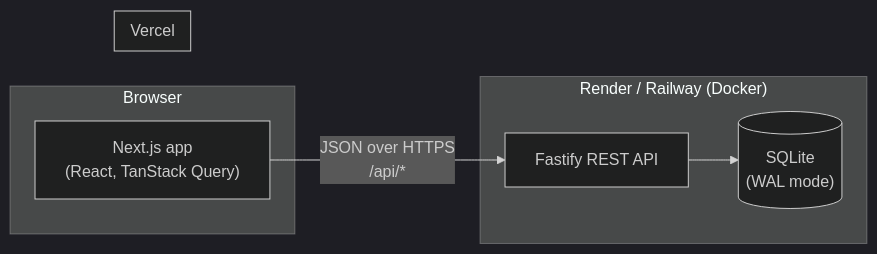
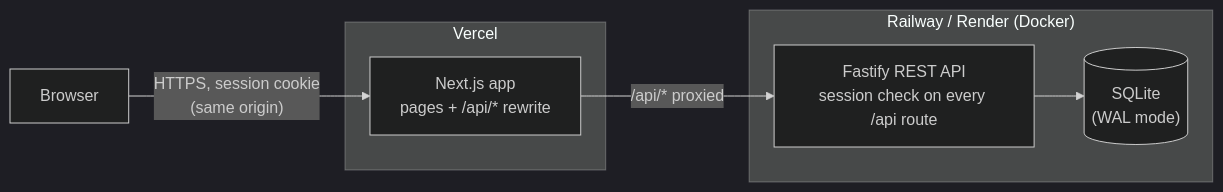
Before and after one commit to BijuDey/salary-management: the first of 3 diagrams in docs/02-architecture.md, drawn with Mermaid (dark theme). The commit also changed other lines of this file and 4 other files, not shown here.

````diff
--- a/docs/02-architecture.md
+++ b/docs/02-architecture.md
@@ -5,15 +5,14 @@
 ```mermaid
 flowchart LR
-    subgraph Browser
-        UI["Next.js app<br/>(React, TanStack Query)"]
+    B["Browser"]
+    subgraph Vercel
+        NEXT["Next.js app<br/>pages + /api/* rewrite"]
     end
-    subgraph Vercel
-        UI
-    end
-    subgraph "Render / Railway (Docker)"
-        API["Fastify REST API"]
+    subgraph "Railway / Render (Docker)"
+        API["Fastify REST API<br/>session check on every /api route"]
         DB[("SQLite<br/>(WAL mode)")]
         API --> DB
     end
-    UI -- "JSON over HTTPS<br/>/api/*" --> API
+    B -- "HTTPS, session cookie<br/>(same origin)" --> NEXT
+    NEXT -- "/api/* proxied" --> API
 ```
````
